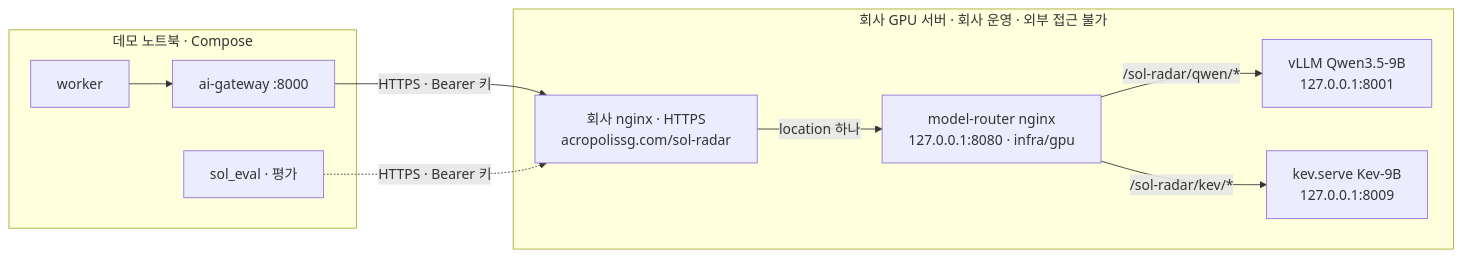
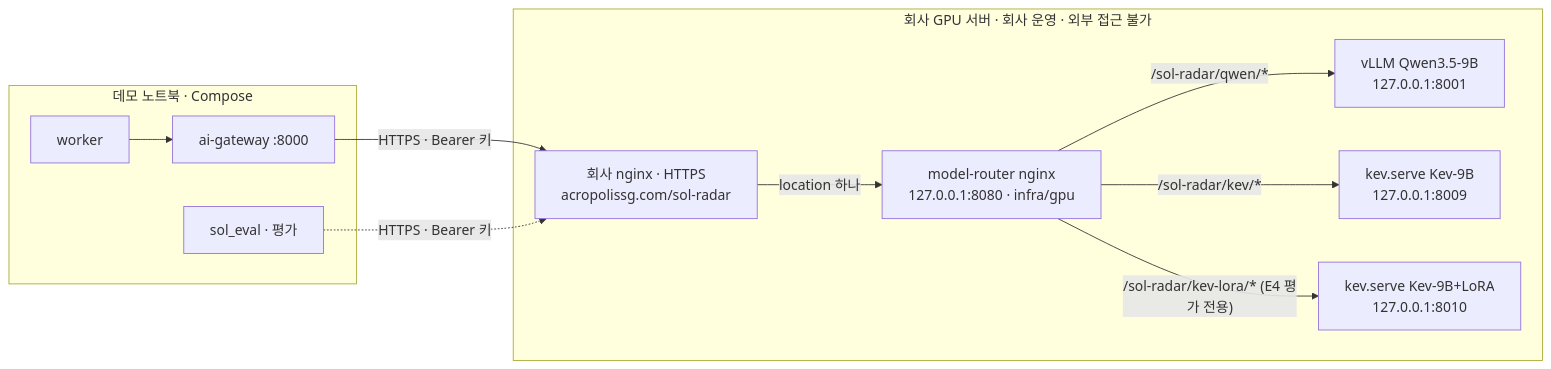
One commit to solideoai/sol-radar changed the diagram in docs/10-DEPLOYMENT.md. Above: the diagram before and after it, drawn with Mermaid. The commit also changed other lines of this file and 32 other files, not shown here.

````diff
--- a/docs/10-DEPLOYMENT.md
+++ b/docs/10-DEPLOYMENT.md
@@ -120,15 +113,16 @@
 ```mermaid
 flowchart LR
  subgraph LAPTOP[데모 노트북 · Compose]
   W[worker] --> G[ai-gateway :8000]
   E[sol_eval · 평가]
  end
  subgraph GPU[회사 GPU 서버 · 회사 운영 · 외부 접근 불가]
   EP["회사 nginx · HTTPS<br/>acropolissg.com/sol-radar"]
   EP -- "location 하나" --> RT["model-router nginx<br/>127.0.0.1:8080 · infra/gpu"]
   RT -- "/sol-radar/qwen/*" --> Q["vLLM Qwen3.5-9B<br/>127.0.0.1:8001"]
   RT -- "/sol-radar/kev/*" --> K["kev.serve Kev-9B<br/>127.0.0.1:8009"]
+  RT -- "/sol-radar/kev-lora/* (E4 평가 전용)" --> KL["kev.serve Kev-9B+LoRA<br/>127.0.0.1:8010"]
  end
  G -- HTTPS · Bearer 키 --> EP
  E -. HTTPS · Bearer 키 .-> EP
 ```
````
